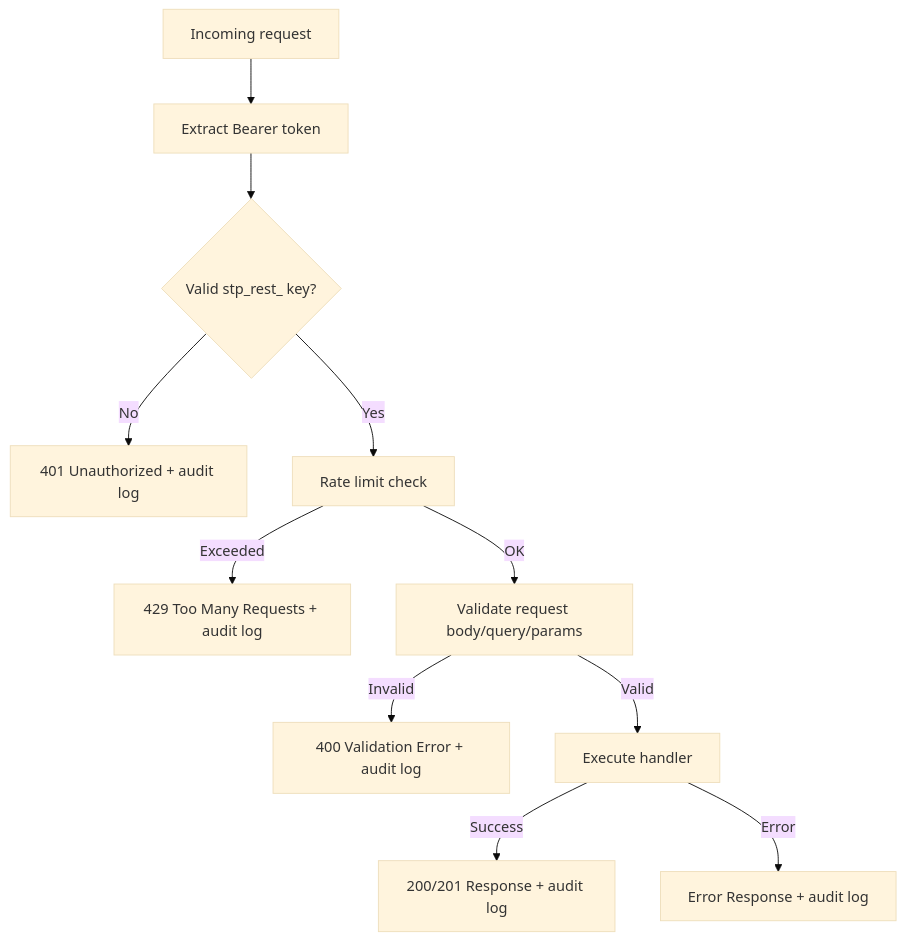
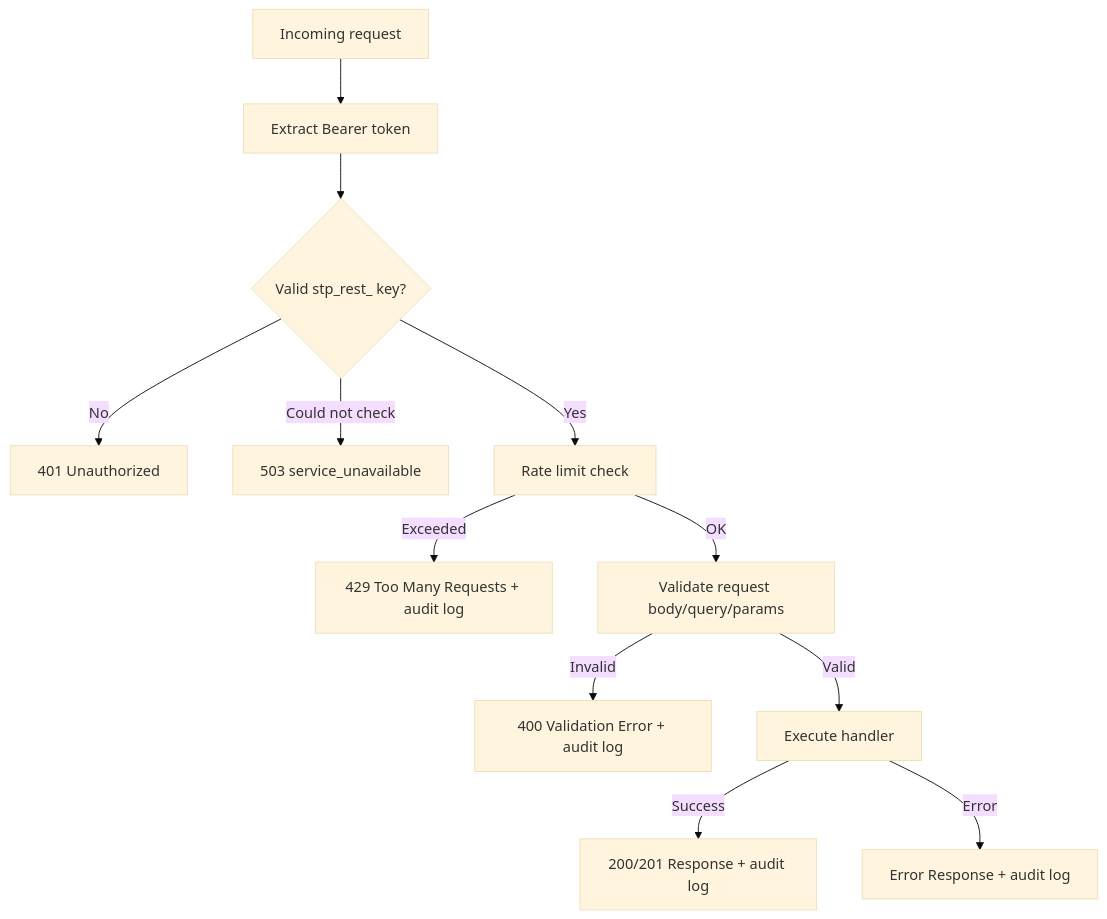
Before and after one commit to Andy00L/sharetopus: the diagram in docs/REST.md, drawn with Mermaid (base theme). The commit also changed other lines of this file and 13 other files, not shown here.

````diff
--- a/docs/REST.md
+++ b/docs/REST.md
@@ -117,13 +117,14 @@
 ```mermaid
 flowchart TD
     A[Incoming request] --> B[Extract Bearer token]
     B --> C{Valid stp_rest_ key?}
-    C -->|No| D[401 Unauthorized + audit log]
+    C -->|No| D[401 Unauthorized]
+    C -->|Could not check| D2[503 service_unavailable]
     C -->|Yes| E[Rate limit check]
     E -->|Exceeded| F[429 Too Many Requests + audit log]
     E -->|OK| G[Validate request body/query/params]
     G -->|Invalid| H[400 Validation Error + audit log]
     G -->|Valid| I[Execute handler]
     I -->|Success| J[200/201 Response + audit log]
     I -->|Error| K[Error Response + audit log]
 ```
````
